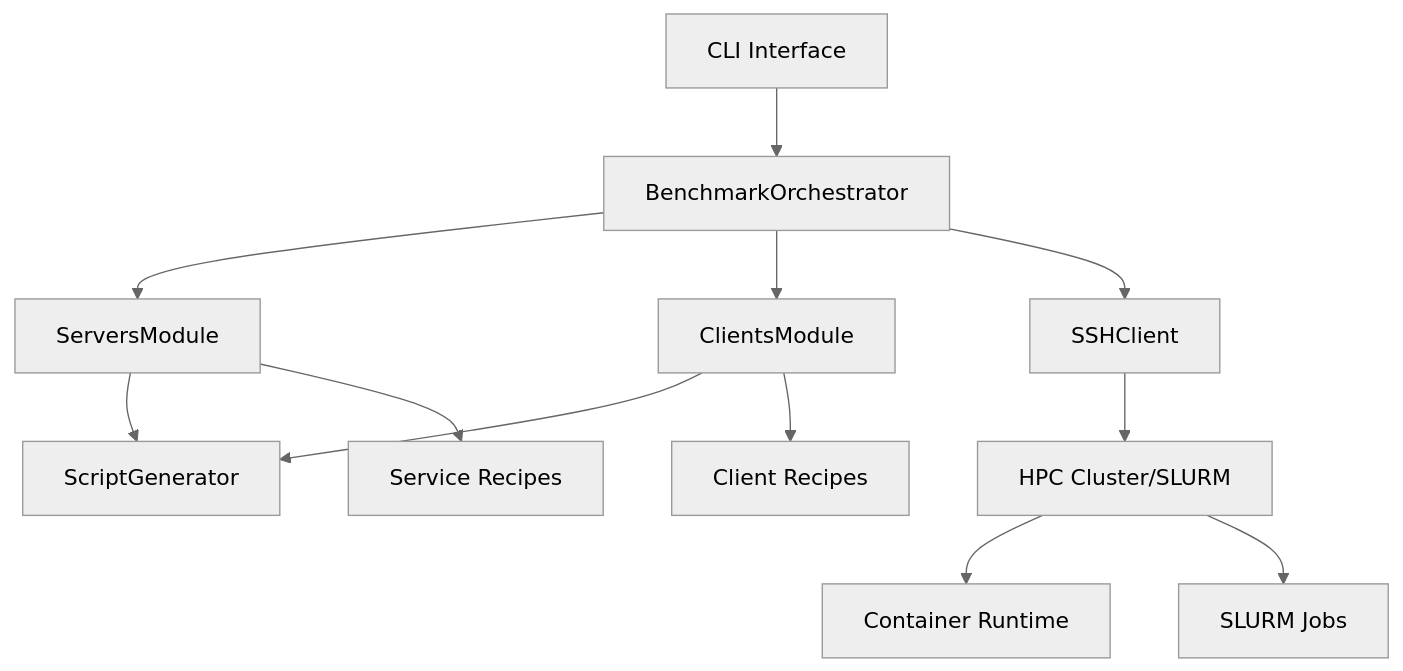
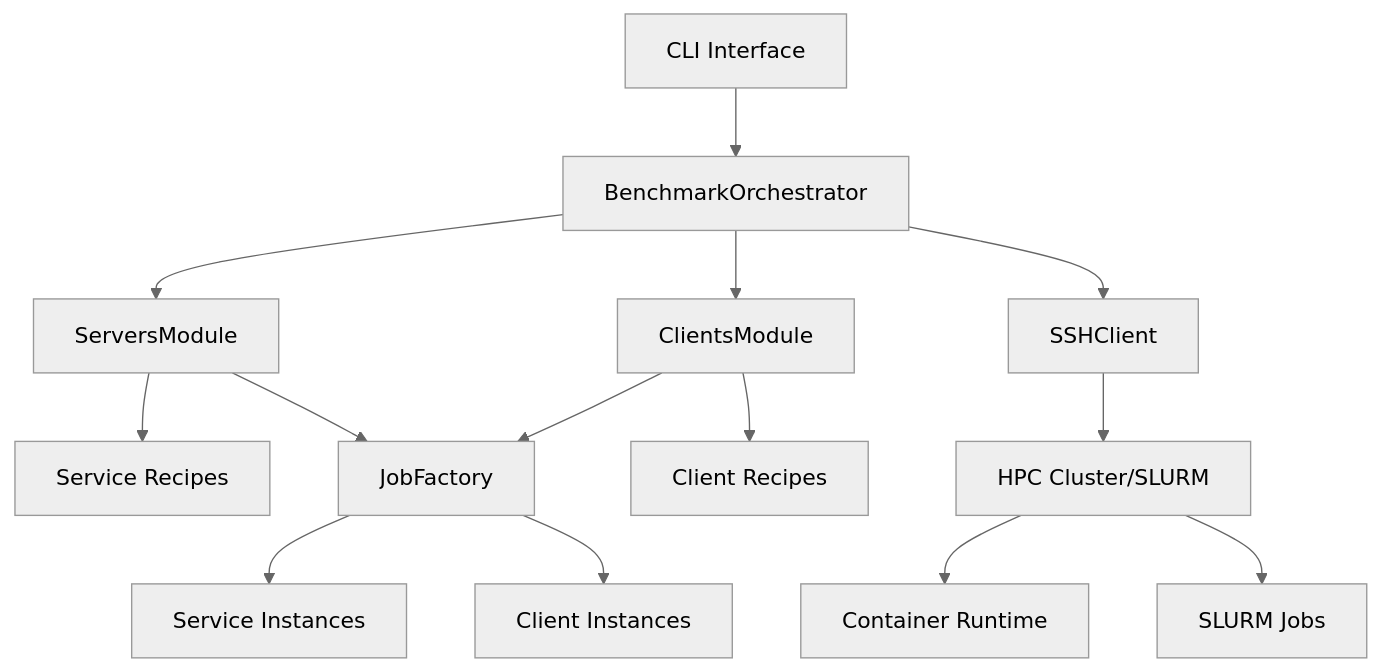
The first of 8 diagrams in docs/ARCHITECTURE_DOCUMENTATION.md (ChrisKarg/team10_EUMASTER4HPC2526_challenge), drawn with Mermaid (neutral theme) before and after one commit. The commit also changed other lines of this file and 10 other files, not shown here.

First line of the commit message:
Changed script_generator design

````diff
--- a/docs/ARCHITECTURE_DOCUMENTATION.md
+++ b/docs/ARCHITECTURE_DOCUMENTATION.md
@@ -15,17 +17,19 @@
 ```mermaid
 graph TB
     CLI[CLI Interface] --> BO[BenchmarkOrchestrator]
     BO --> SM[ServersModule]
     BO --> CM[ClientsModule]
     BO --> SSH[SSHClient]
     
-    SM --> SG[ScriptGenerator]
-    CM --> SG
+    SM --> YAML1[Service Recipes]
+    SM --> JF[JobFactory]
+    CM --> JF
+    CM --> YAML2[Client Recipes]
     SSH --> HPC[HPC Cluster/SLURM]
     
-    SM --> YAML1[Service Recipes]
-    CM --> YAML2[Client Recipes]
+    JF --> SRV[Service Instances]
+    JF --> CLT[Client Instances]
     
     HPC --> CONT[Container Runtime]
     HPC --> JOBS[SLURM Jobs]
 ```
````
